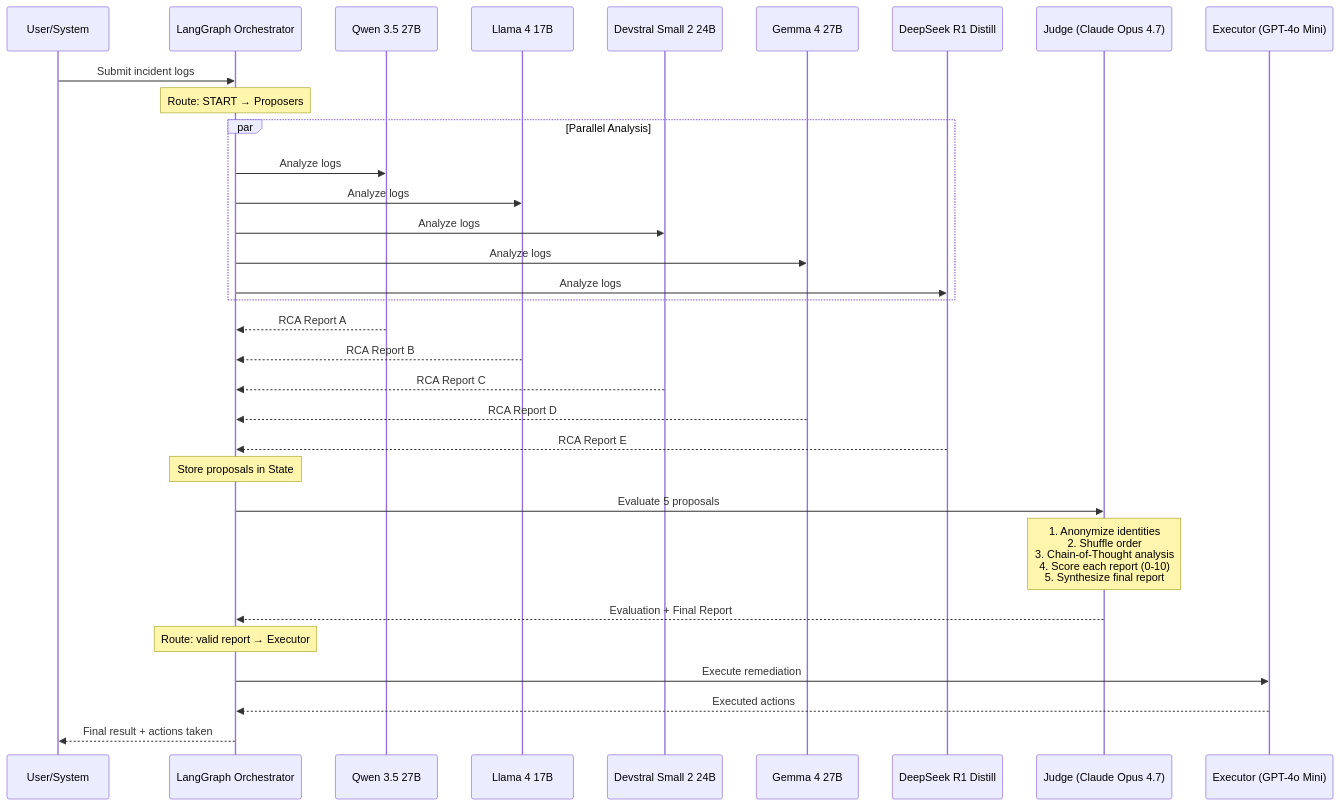
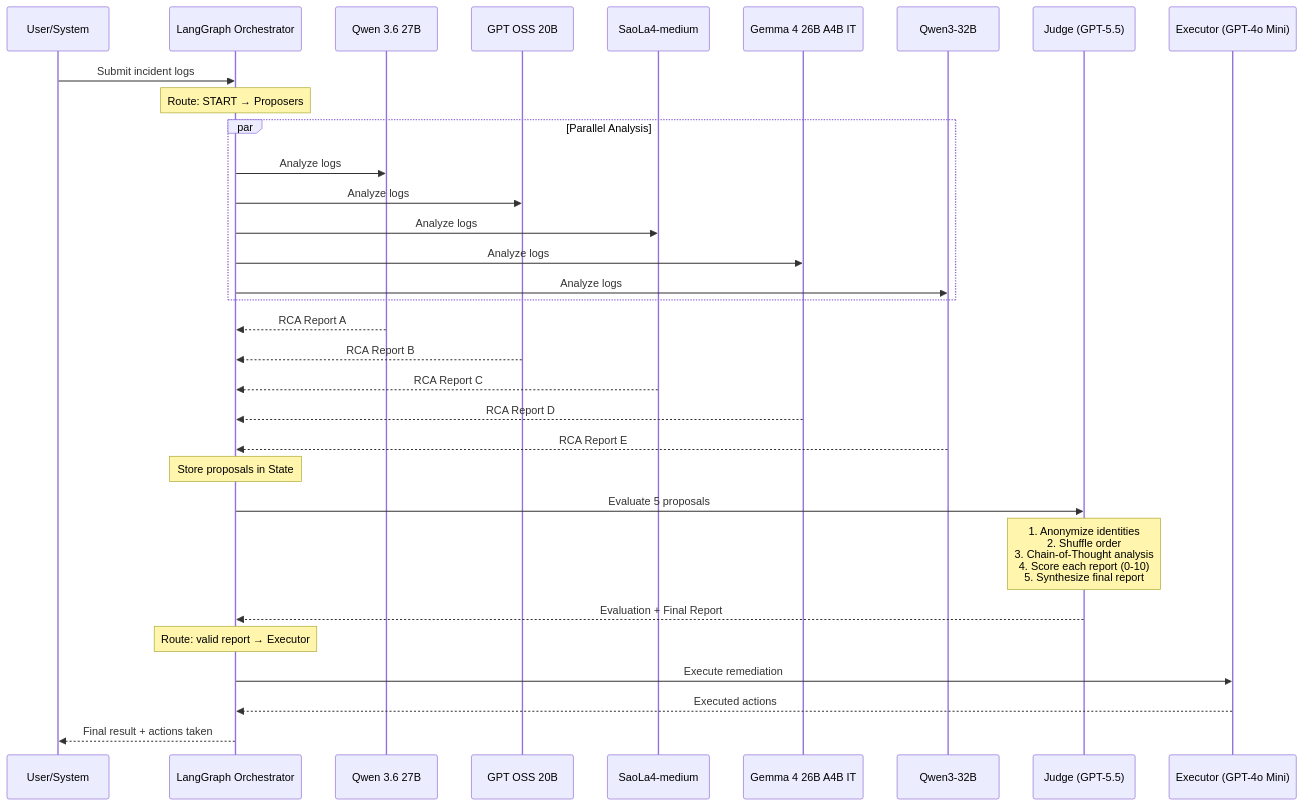
Before and after one commit to n3r0-b1n4ry/openmair: the third of 6 diagrams in docs/ARCHITECTURE.md, drawn with Mermaid. The commit also changed other lines of this file and 6 other files, not shown here.

````diff
--- a/docs/ARCHITECTURE.md
+++ b/docs/ARCHITECTURE.md
@@ -139,44 +139,44 @@
 ```mermaid
 sequenceDiagram
     participant User as User/System
     participant Orch as LangGraph Orchestrator
-    participant P1 as Qwen 3.5 27B
-    participant P2 as Llama 4 17B
-    participant P3 as Devstral Small 2 24B
-    participant P4 as Gemma 4 27B
-    participant P5 as DeepSeek R1 Distill
-    participant Judge as Judge (Claude Opus 4.7)
+    participant P1 as Qwen 3.6 27B
+    participant P2 as GPT OSS 20B
+    participant P3 as SaoLa4-medium
+    participant P4 as Gemma 4 26B A4B IT
+    participant P5 as Qwen3-32B
+    participant Judge as Judge (GPT-5.5)
     participant Exec as Executor (GPT-4o Mini)
 
     User->>Orch: Submit incident logs
     
     Note over Orch: Route: START → Proposers
 
     par Parallel Analysis
         Orch->>P1: Analyze logs
         Orch->>P2: Analyze logs
         Orch->>P3: Analyze logs
         Orch->>P4: Analyze logs
         Orch->>P5: Analyze logs
     end
 
     P1-->>Orch: RCA Report A
     P2-->>Orch: RCA Report B
     P3-->>Orch: RCA Report C
     P4-->>Orch: RCA Report D
     P5-->>Orch: RCA Report E
 
     Note over Orch: Store proposals in State
 
     Orch->>Judge: Evaluate 5 proposals
     
     Note over Judge: 1. Anonymize identities<br/>2. Shuffle order<br/>3. Chain-of-Thought analysis<br/>4. Score each report (0-10)<br/>5. Synthesize final report
 
     Judge-->>Orch: Evaluation + Final Report
 
     Note over Orch: Route: valid report → Executor
 
     Orch->>Exec: Execute remediation
     Exec-->>Orch: Executed actions
     Orch-->>User: Final result + actions taken
 ```
````
